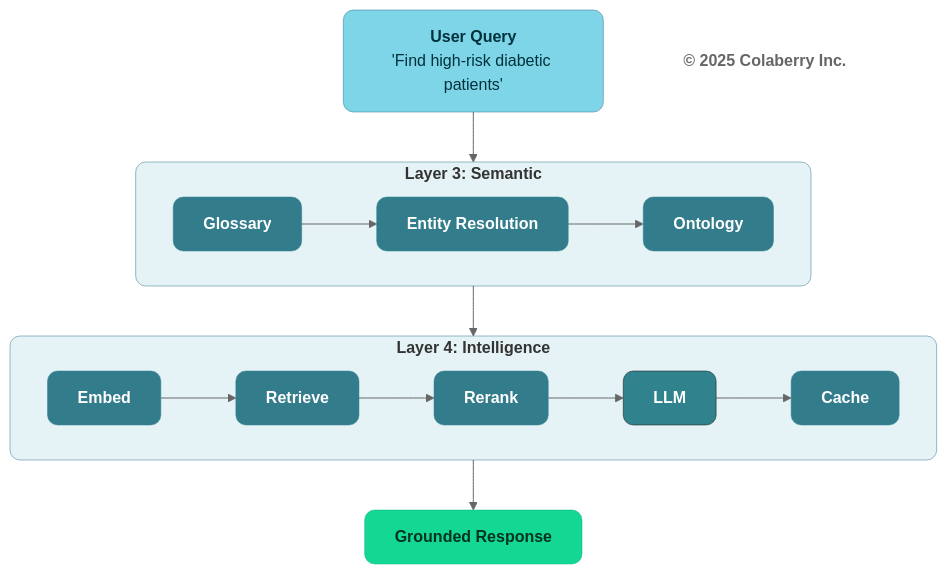
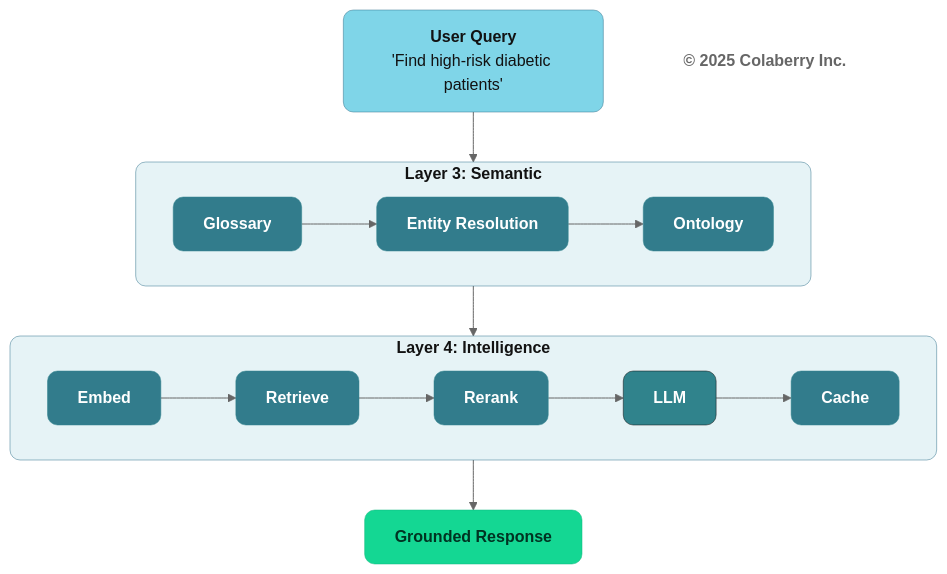
One commit to saitejesh-cyber/trust-before-intelligence-book changed diagram 13 of 13 in manuscript/06_chapter_5_intelligence_layers.md. Above: the diagram before and after it, drawn with Mermaid (neutral theme). The commit also changed other lines of this file and 12 other files, not shown here.

````diff
--- a/manuscript/06_chapter_5_intelligence_layers.md
+++ b/manuscript/06_chapter_5_intelligence_layers.md
@@ -1237,36 +1237,36 @@
 ```mermaid
 graph TB
     USER["<b>User Query</b><br/>'Find high-risk diabetic patients'"]
     
     subgraph L3["<b>Layer 3: Semantic</b>"]
         direction LR
         GLOSS["<b>Glossary</b>"] --> ENTITY["<b>Entity Resolution</b>"] --> ONTO["<b>Ontology</b>"]
     end
     
     subgraph L4["<b>Layer 4: Intelligence</b>"]
         direction LR
         EMBED["<b>Embed</b>"] --> HYBRID["<b>Retrieve</b>"] --> RERANK["<b>Rerank</b>"] --> LLM["<b>LLM</b>"] --> CACHE["<b>Cache</b>"]
     end
     
     RESPONSE["<b>Grounded Response</b>"]
     
     USER --> L3
     L3 --> L4
     L4 --> RESPONSE
     
     Copyright["<b>© 2025 Colaberry Inc.</b>"]
     
-    style USER fill:#7FD5E8,stroke:#32738C,stroke-width:0.5px,color:#00323D,rx:10,ry:10
-    style L3 fill:#E6F3F6,stroke:#32738C,stroke-width:0.5px,rx:10,ry:10
-    style L4 fill:#E6F3F6,stroke:#32738C,stroke-width:0.5px,rx:10,ry:10
+    style USER fill:#7FD5E8,stroke:#32738C,stroke-width:0.5px,color:#121212,rx:10,ry:10
+    style L3 fill:#E6F3F6,stroke:#32738C,stroke-width:0.5px,color:#121212,rx:10,ry:10
+    style L4 fill:#E6F3F6,stroke:#32738C,stroke-width:0.5px,color:#121212,rx:10,ry:10
     style GLOSS fill:#327C8C,stroke:#30838C,stroke-width:0.5px,color:#ffffff,rx:10,ry:10
     style ENTITY fill:#327C8C,stroke:#30838C,stroke-width:0.5px,color:#ffffff,rx:10,ry:10
     style ONTO fill:#327C8C,stroke:#30838C,stroke-width:0.5px,color:#ffffff,rx:10,ry:10
     style EMBED fill:#327C8C,stroke:#30838C,stroke-width:0.5px,color:#ffffff,rx:10,ry:10
     style HYBRID fill:#327C8C,stroke:#30838C,stroke-width:0.5px,color:#ffffff,rx:10,ry:10
     style RERANK fill:#327C8C,stroke:#30838C,stroke-width:0.5px,color:#ffffff,rx:10,ry:10
     style LLM fill:#30838C,color:#ffffff,stroke:#0D0D0D,stroke-width:0.5px,rx:10,ry:10
     style CACHE fill:#327C8C,stroke:#30838C,stroke-width:0.5px,color:#ffffff,rx:10,ry:10
     style RESPONSE fill:#14D793,color:#003322,stroke:#0FB67D,stroke-width:0.5px,rx:10,ry:10
     style Copyright fill:none,stroke:none,color:#666666
 ```
````
